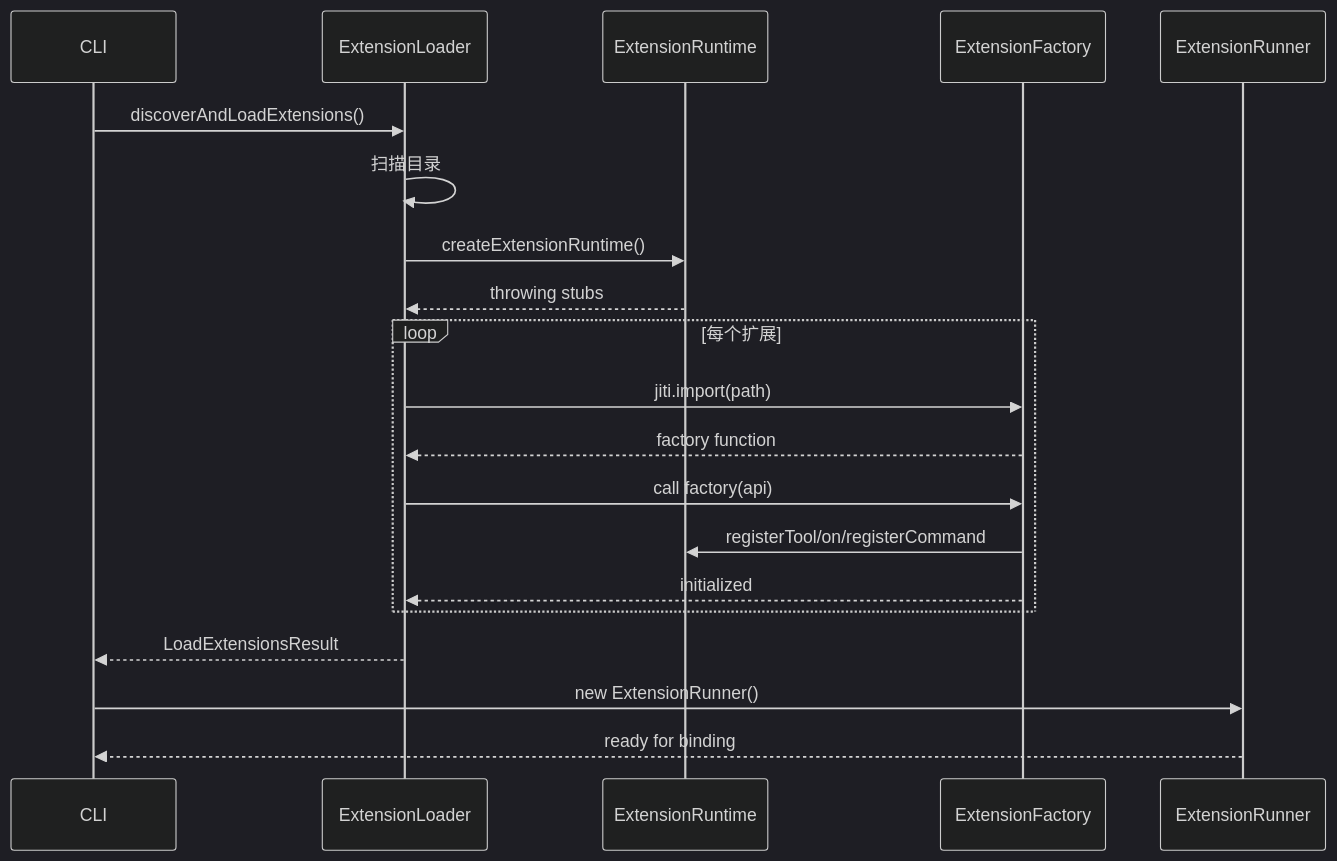
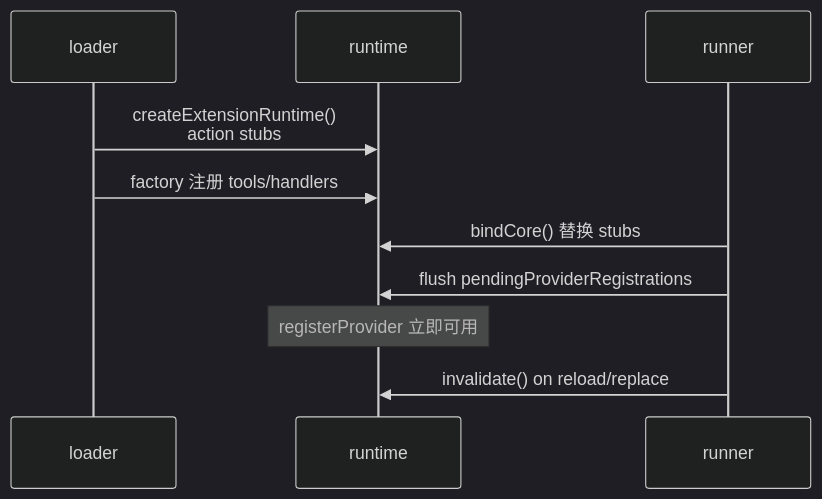
Before and after one commit to StrayDragon/pi-mono: the tenth of 12 diagrams in _LEARN/04-subsystems/02-extension-system.md, drawn with Mermaid (dark theme). The commit also changed other lines of this file and 42 other files, not shown here.

````diff
--- a/_LEARN/04-subsystems/02-extension-system.md
+++ b/_LEARN/04-subsystems/02-extension-system.md
@@ -1043,25 +403,13 @@
 ```mermaid
 sequenceDiagram
-    participant CLI as CLI
-    participant Loader as ExtensionLoader
-    participant Runtime as ExtensionRuntime
-    participant Factory as ExtensionFactory
-    participant Runner as ExtensionRunner
+    participant L as loader
+    participant R as runtime
+    participant RN as runner
 
-    CLI->>Loader: discoverAndLoadExtensions()
-    Loader->>Loader: 扫描目录
-    Loader->>Runtime: createExtensionRuntime()
-    Runtime-->>Loader: throwing stubs
-
-    loop 每个扩展
-        Loader->>Factory: jiti.import(path)
-        Factory-->>Loader: factory function
-        Loader->>Factory: call factory(api)
-        Factory->>Runtime: registerTool/on/registerCommand
-        Factory-->>Loader: initialized
-    end
-
-    Loader-->>CLI: LoadExtensionsResult
-    CLI->>Runner: new ExtensionRunner()
-    Runner-->>CLI: ready for binding
+    L->>R: createExtensionRuntime()<br/>action stubs
+    L->>R: factory 注册 tools/handlers
+    RN->>R: bindCore() 替换 stubs
+    RN->>R: flush pendingProviderRegistrations
+    Note over R: registerProvider 立即可用
+    RN->>R: invalidate() on reload/replace
 ```
````
